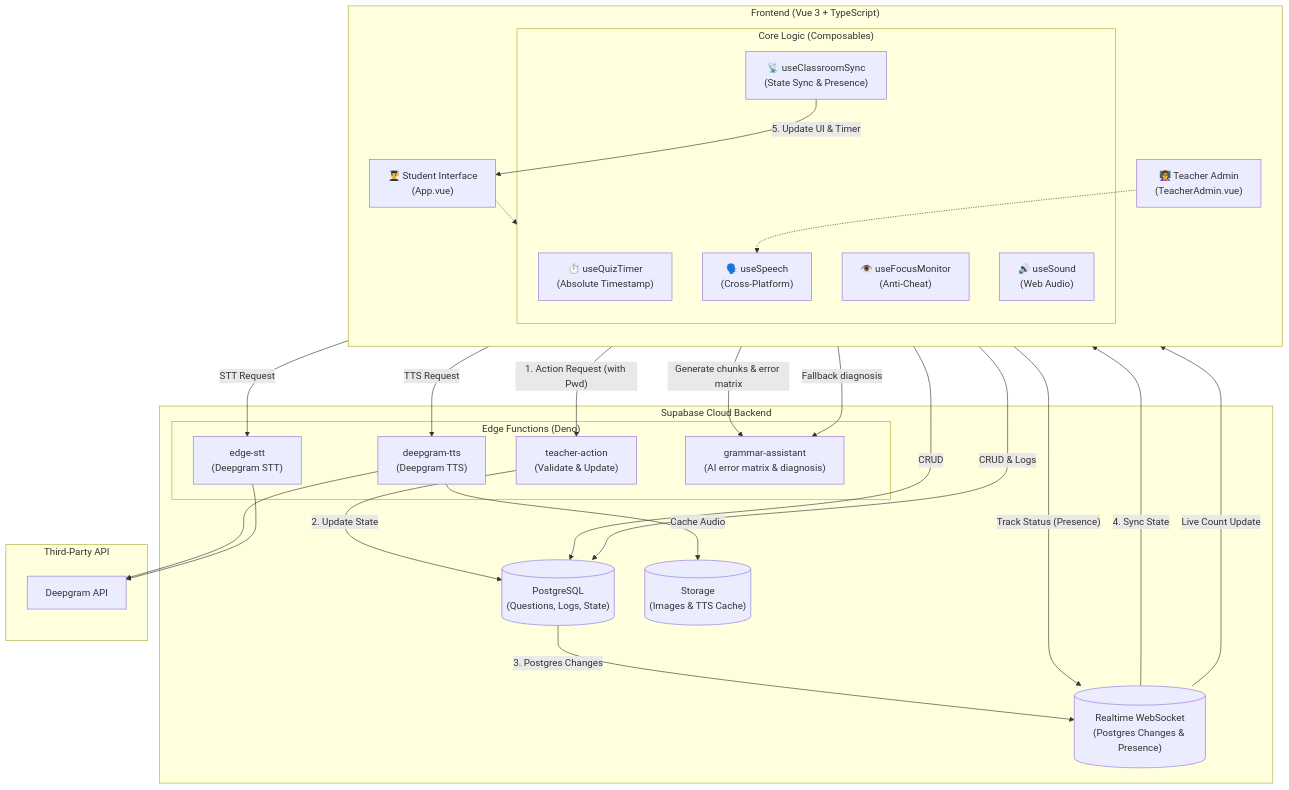
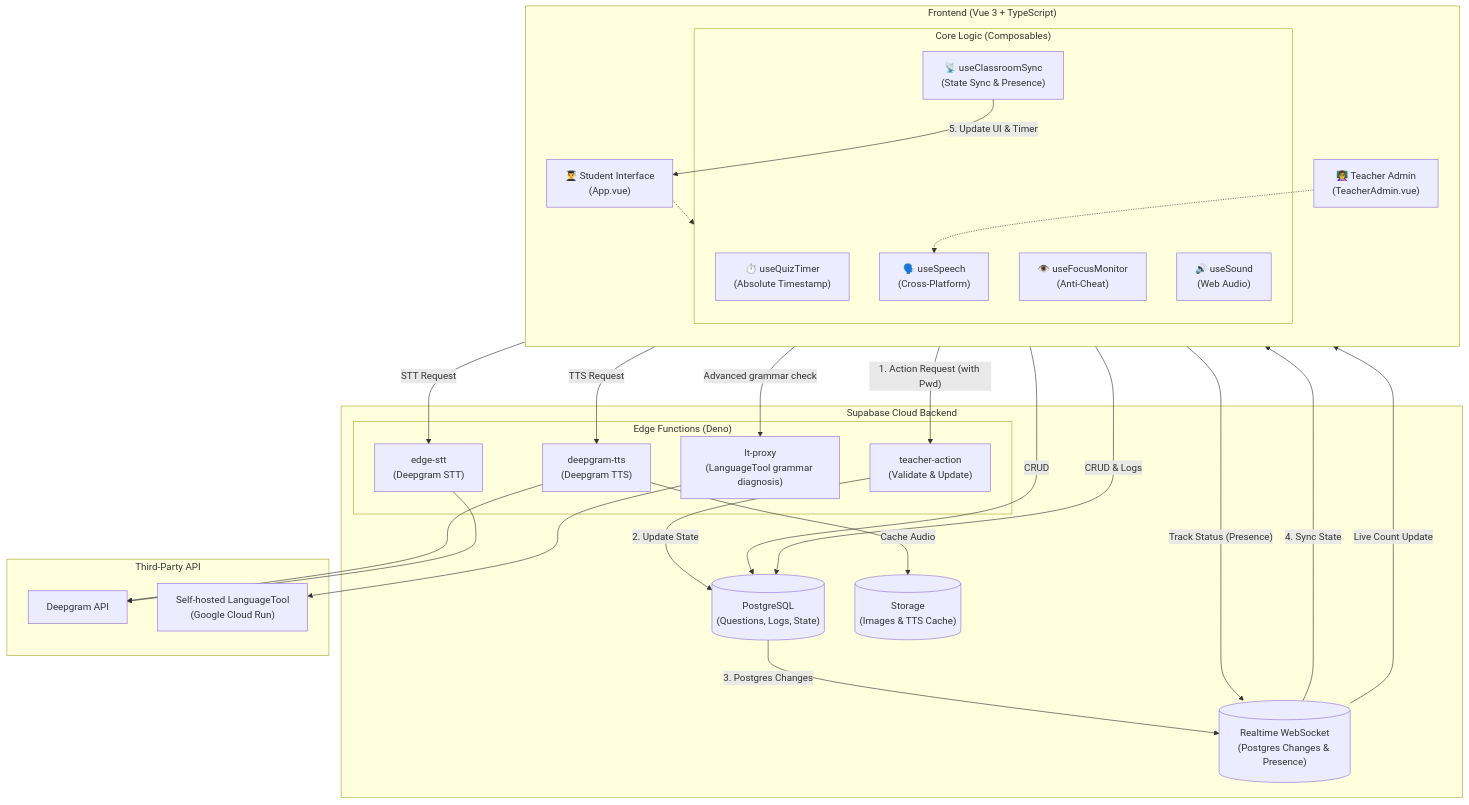
The second of 3 diagrams in README.md (ylin3-learner/SyntaxHunt), drawn with Mermaid before and after one commit. The commit also changed other lines of this file and 1 other file, not shown here.

Commit message:
docs(grammar): sync bilingual LanguageTool guidance

````diff
--- a/README.md
+++ b/README.md
@@ -73,60 +73,61 @@
 ```mermaid
 graph TD
     subgraph Client ["Frontend (Vue 3 + TypeScript)"]
         direction TB
         AdminUI["👩‍🏫 Teacher Admin<br>(TeacherAdmin.vue)"]
         StudentUI["👨‍🎓 Student Interface<br>(App.vue)"]
         
         subgraph Composables ["Core Logic (Composables)"]
             Timer["⏱️ useQuizTimer<br>(Absolute Timestamp)"]
             Focus["👁️ useFocusMonitor<br>(Anti-Cheat)"]
             Sound["🔊 useSound<br>(Web Audio)"]
             Speech["🗣️ useSpeech<br>(Cross-Platform)"]
             Sync["📡 useClassroomSync<br>(State Sync & Presence)"]
         end
     end
 
     subgraph Supabase ["Supabase Cloud Backend"]
         DB[("PostgreSQL<br>(Questions, Logs, State)")]
         Realtime[("Realtime WebSocket<br>(Postgres Changes & Presence)")]
         Storage[("Storage<br>(Images & TTS Cache)")]
         
         subgraph EdgeFunctions ["Edge Functions (Deno)"]
             Action_Proxy["teacher-action<br>(Validate & Update)"]
             TTS_Proxy["deepgram-tts<br>(Deepgram TTS)"]
             STT_Proxy["edge-stt<br>(Deepgram STT)"]
-            Grammar_Proxy["grammar-assistant<br>(AI error matrix & diagnosis)"]
+            LT_Proxy["lt-proxy<br>(LanguageTool grammar diagnosis)"]
         end
     end
 
     subgraph ThirdParty ["Third-Party API"]
         Deepgram["Deepgram API"]
+        LanguageTool["Self-hosted LanguageTool<br>(Google Cloud Run)"]
     end
 
     %% Data Flow
     AdminUI -- "1. Action Request (with Pwd)" --> Action_Proxy
     Action_Proxy -- "2. Update State" --> DB
     DB -- "3. Postgres Changes" --> Realtime
     Realtime -- "4. Sync State" --> Sync
     Sync -- "5. Update UI & Timer" --> StudentUI
     
     %% Presence Flow
     StudentUI -- "Track Status (Presence)" --> Realtime
     Realtime -- "Live Count Update" --> AdminUI
     
     AdminUI -- "CRUD" --> DB
     StudentUI -- "CRUD & Logs" --> DB
     
     StudentUI -- "TTS Request" --> TTS_Proxy
     TTS_Proxy --> Deepgram
     TTS_Proxy -- "Cache Audio" --> Storage
     
     StudentUI -- "STT Request" --> STT_Proxy
     STT_Proxy --> Deepgram
-    AdminUI -- "Generate chunks & error matrix" --> Grammar_Proxy
-    StudentUI -- "Fallback diagnosis" --> Grammar_Proxy
+    StudentUI -- "Advanced grammar check" --> LT_Proxy
+    LT_Proxy --> LanguageTool
 
     %% Logic Dependencies
     StudentUI -.-> Composables
     AdminUI -.-> Speech
 ```
````
